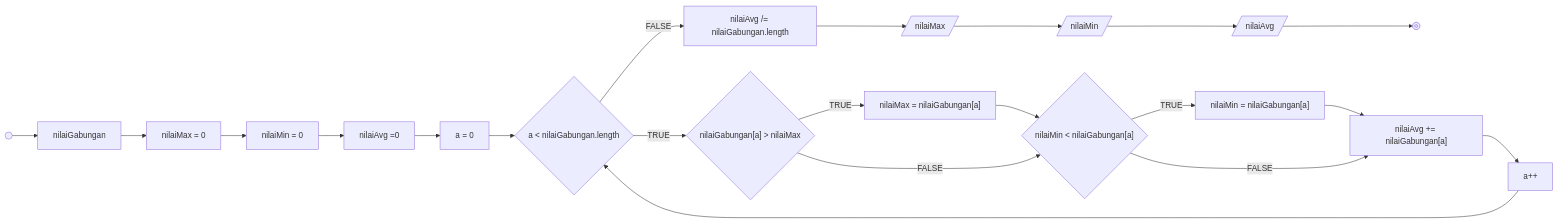
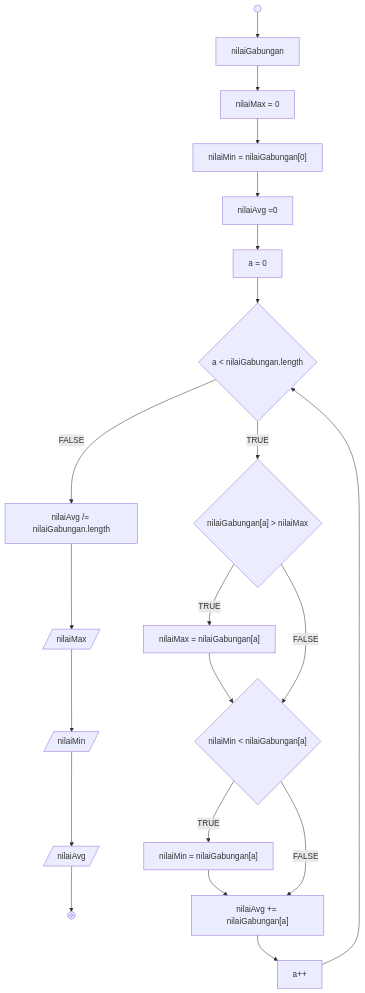
The diagram in README.md (rizqyazhar/koda-b10-javascript4), drawn with Mermaid before and after one commit. The commit also changed 1 other file, not shown here.

Commit message:
update flowchart minitask 1 and add index.js minitask 1

````diff
--- a/README.md
+++ b/README.md
@@ -9,35 +9,35 @@
 ```mermaid
 
-  flowchart LR
+  flowchart TD
 
   A@{shape: sm-circ, label: "Start"}
   B@{shape: fr-circ, label: "End"}
   E@{shape: rect, label: "nilaiGabungan"}
   F@{shape: rect, label: "nilaiMax = 0"}
-  G@{shape: rect, label: "nilaiMin = 0"}
+  G@{shape: rect, label: "nilaiMin = nilaiGabungan[0]"}
   I@{shape: diam, label: "a < nilaiGabungan.length"}
   J@{shape: rect, label: "a = 0"}
   K@{shape: diam, label: "nilaiGabungan[a] > nilaiMax"}
   M@{shape: rect, label: "nilaiMax = nilaiGabungan[a]"}
   N@{shape: diam, label: "nilaiMin < nilaiGabungan[a]"}
   P@{shape: rect, label: "a++"}
   Q@{shape: lean-r, label: "nilaiMax"}
   T@{shape: rect, label: "nilaiMin = nilaiGabungan[a]"}
   V@{shape: lean-r, label: "nilaiMin"}
   Y@{shape: lean-r, label: "nilaiAvg"}
   AA@{shape: rect, label: "nilaiAvg += nilaiGabungan[a]"}
   DD@{shape: rect, label: "nilaiAvg /= nilaiGabungan.length"}
   EE@{shape: rect, label: "nilaiAvg =0"}
 
   A --> E --> F --> G --> EE --> J --> I --TRUE--> K --TRUE--> M --> N --TRUE--> T --> AA --> P --> I
 
   K --FALSE--> N
 
   N --FALSE--> AA
 
   I --FALSE--> DD --> Q --> V --> Y --> B
 
 
 
 
 ```
````
